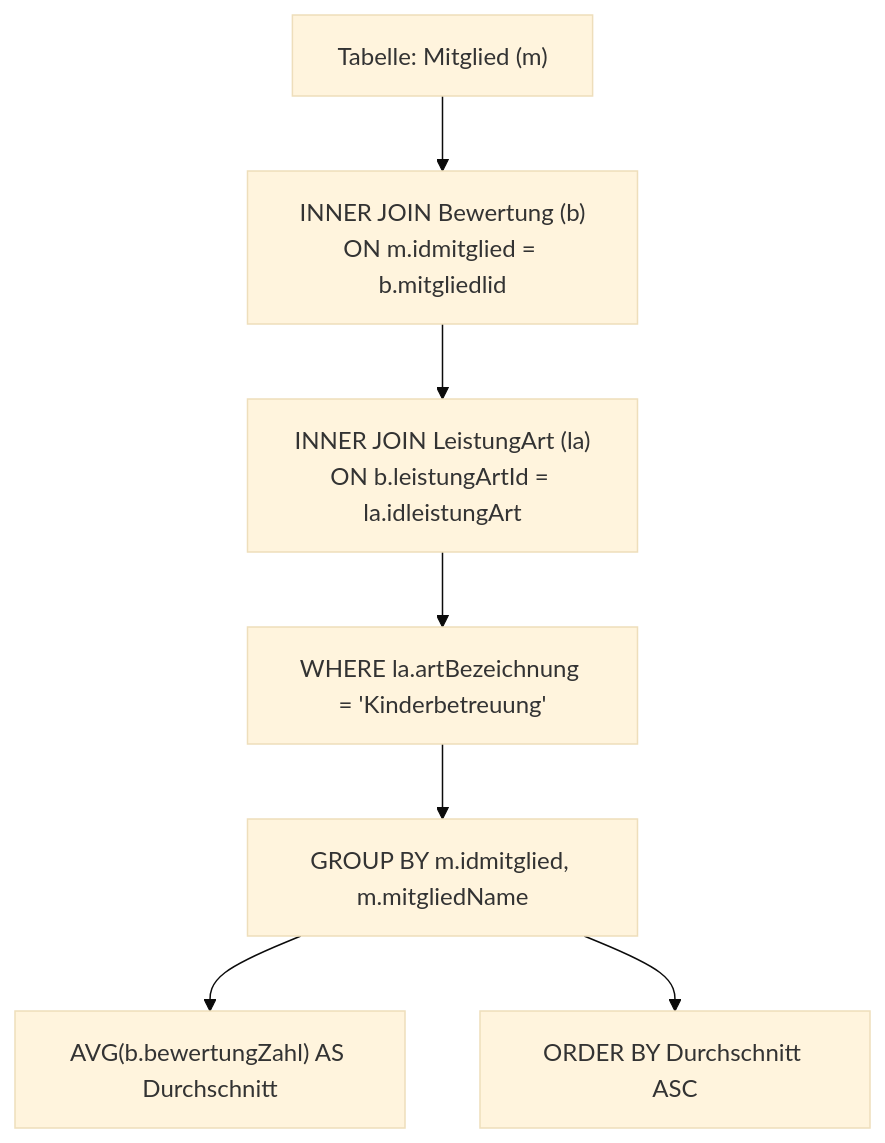
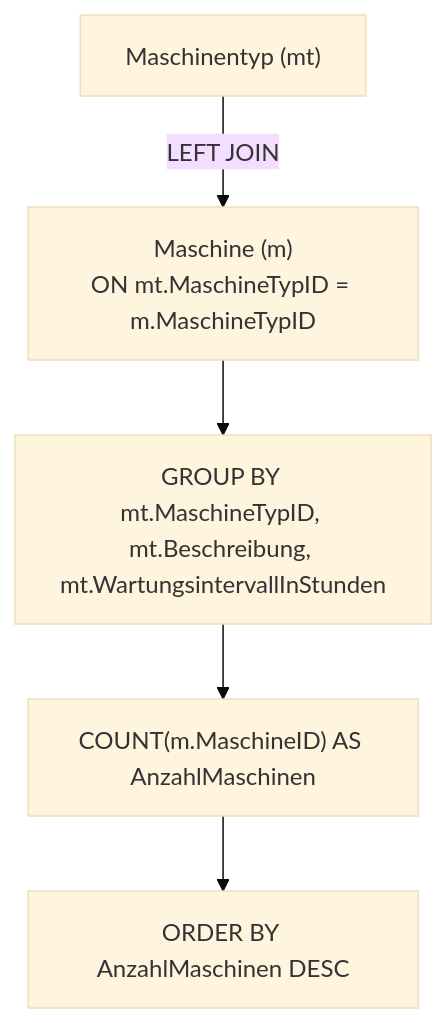
One commit to T-Boyke/SQL-Fundamentals changed the sixth of 8 diagrams in Day_22/readme.md. Above: the diagram before and after it, drawn with Mermaid (base theme). The commit also changed other lines of this file and 4 other files, not shown here.

````diff
--- a/Day_22/readme.md
+++ b/Day_22/readme.md
@@ -267,9 +558,7 @@
 ```mermaid
 flowchart TD
-    M["Tabelle: Mitglied (m)"] --> J1["INNER JOIN Bewertung (b)<br/>ON m.idmitglied = b.mitgliedlid"]
-    J1 --> J2["INNER JOIN LeistungArt (la)<br/>ON b.leistungArtId = la.idleistungArt"]
-    J2 --> F["WHERE la.artBezeichnung = 'Kinderbetreuung'"]
-    F --> G["GROUP BY m.idmitglied, m.mitgliedName"]
-    G --> A["AVG(b.bewertungZahl) AS Durchschnitt"]
-    G --> S["ORDER BY Durchschnitt ASC"]
+    MT["Maschinentyp (mt)"] -->|LEFT JOIN| M["Maschine (m)<br/>ON mt.MaschineTypID = m.MaschineTypID"]
+    M --> Grp["GROUP BY mt.MaschineTypID, mt.Beschreibung, mt.WartungsintervallInStunden"]
+    Grp --> Cnt["COUNT(m.MaschineID) AS AnzahlMaschinen"]
+    Cnt --> Ord["ORDER BY AnzahlMaschinen DESC"]
 ```
````
